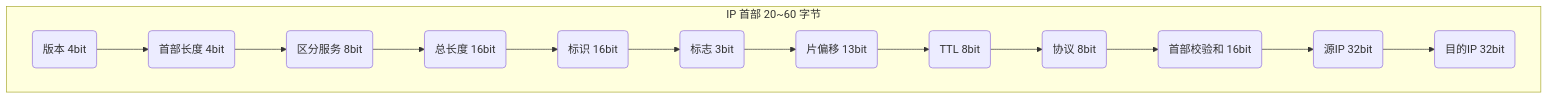
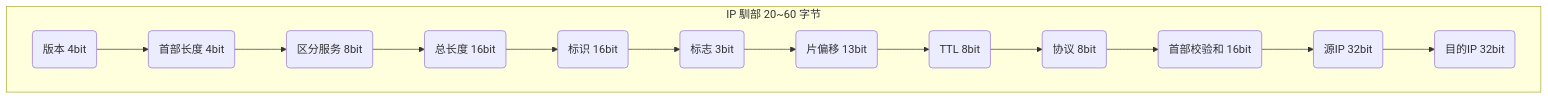
The fifth of 8 diagrams in src/content/philes/volume-1/CS-Network/简易计网知识点.md (AH23333/Blog), drawn with Mermaid before and after one commit. The commit also changed other lines of this file and 17 other files, not shown here.

Commit message:
修复所有已知bug（mermaid渲染、表格识别），添加错误总结经验，暂时保留测试文件，准备考虑优化性能与重构

````diff
--- a/src/content/philes/volume-1/CS-Network/简易计网知识点.md
+++ b/src/content/philes/volume-1/CS-Network/简易计网知识点.md
@@ -129,7 +129,7 @@
 ```mermaid
 flowchart LR
-    subgraph IP首部[IP 首部 20~60 字节]
+    subgraph IP_HEADER["IP 馴部 20~60 字节"]
         direction LR
         A(版本 4bit) --> B(首部长度 4bit) --> C(区分服务 8bit) --> D(总长度 16bit) --> E(标识 16bit) --> F(标志 3bit) --> G(片偏移 13bit) --> H(TTL 8bit) --> I(协议 8bit) --> J(首部校验和 16bit) --> K(源IP 32bit) --> L(目的IP 32bit)
     end
 ```
````
